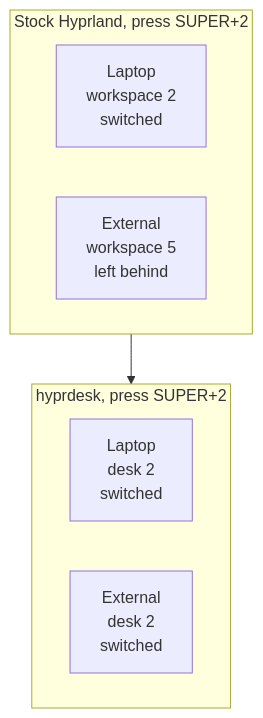
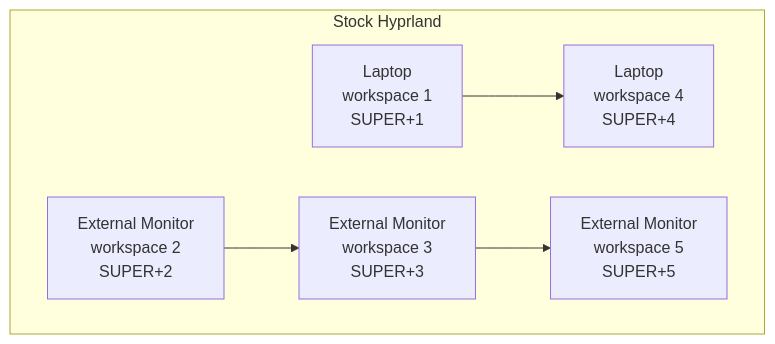
Before and after one commit to diego-lobo/hyprdesk: the first of 2 diagrams in README.md, drawn with Mermaid. The commit also changed other lines of this file, not shown here.

````diff
--- a/README.md
+++ b/README.md
@@ -36,14 +26,13 @@
 ```mermaid
 flowchart TB
-    subgraph before["Stock Hyprland, press SUPER+2"]
+    subgraph before["Stock Hyprland"]
         direction LR
-        b1["Laptop<br/>workspace 2<br/>switched"]
-        b2["External<br/>workspace 5<br/>left behind"]
+        b1["Laptop<br/>workspace 1<br/>SUPER+1"]
+        b2["External Monitor<br/>workspace 2<br/>SUPER+2"]
+        b3["External Monitor<br/>workspace 3<br/>SUPER+3"]
+        b4["Laptop<br/>workspace 4<br/>SUPER+4"]
+        b5["External Monitor<br/>workspace 5<br/>SUPER+5"]
+        b1 --> b4
+        b2 --> b3 --> b5
     end
-    subgraph after["hyprdesk, press SUPER+2"]
-        direction LR
-        a1["Laptop<br/>desk 2<br/>switched"]
-        a2["External<br/>desk 2<br/>switched"]
-    end
-    before --> after
 ```
````
